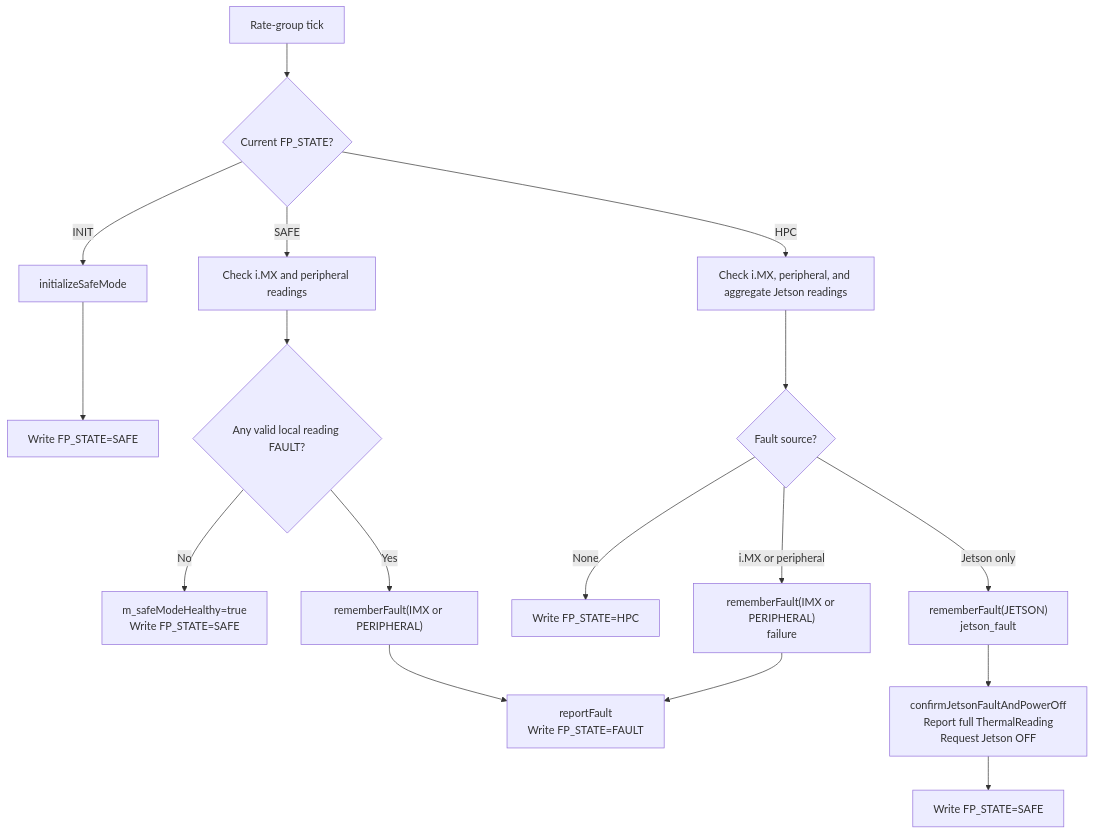
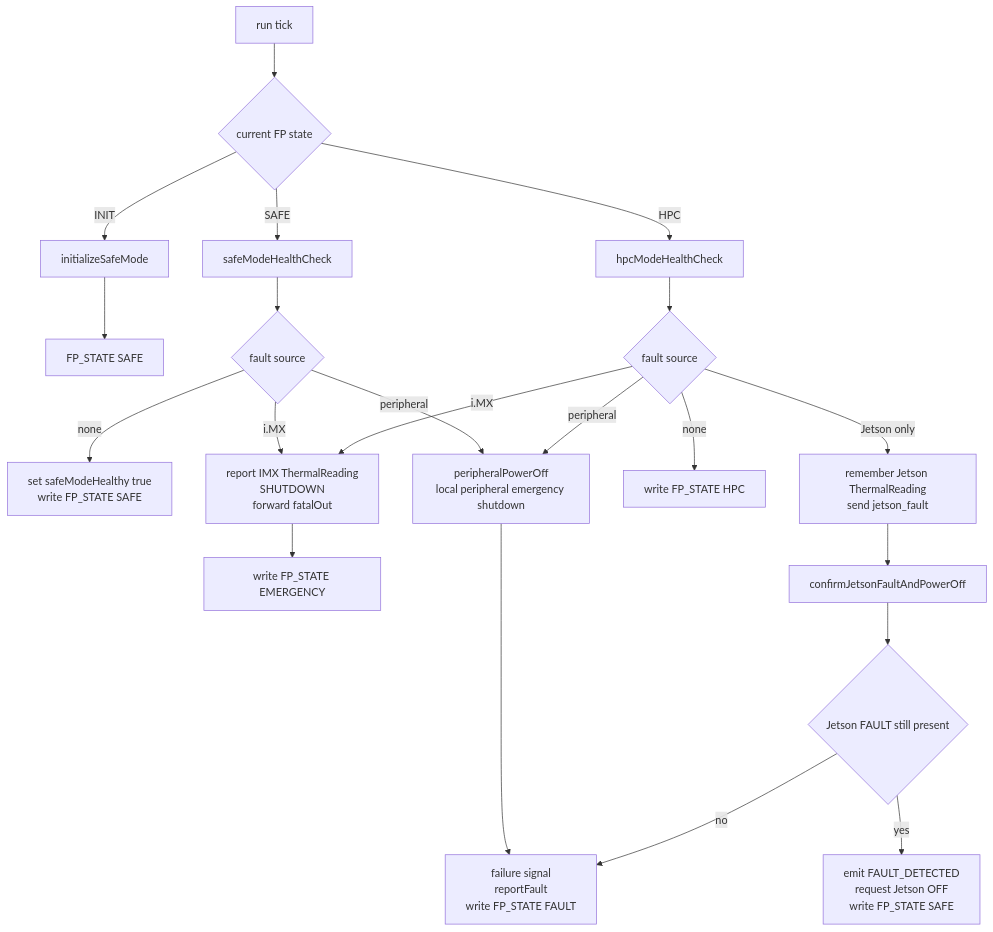
The third of 7 diagrams in scales/scalesSvc/FPManager/docs/sdd.md (BroncoSpace-Lab/fprime-scales), drawn with Mermaid before and after one commit. The commit also changed other lines of this file and 7 other files, not shown here.

````diff
--- a/scales/scalesSvc/FPManager/docs/sdd.md
+++ b/scales/scalesSvc/FPManager/docs/sdd.md
@@ -110,22 +159,28 @@
 ```mermaid
 flowchart TD
-    Tick["Rate-group tick"] --> Mode{"Current FP_STATE?"}
+    Tick["run tick"] --> State{"current FP state"}
 
-    Mode -->|INIT| Init["initializeSafeMode"]
-    Init --> SafeTlm["Write FP_STATE=SAFE"]
+    State -->|"INIT"| Init["initializeSafeMode"]
+    Init --> Safe["FP_STATE SAFE"]
 
-    Mode -->|SAFE| SafeCheck["Check i.MX and peripheral readings"]
-    SafeCheck --> SafeFault{"Any valid local reading FAULT?"}
-    SafeFault -->|No| SafeHealthy["m_safeModeHealthy=true<br/>Write FP_STATE=SAFE"]
-    SafeFault -->|Yes| LocalFault["rememberFault(IMX or PERIPHERAL)"]
-    LocalFault --> FaultMode["reportFault<br/>Write FP_STATE=FAULT"]
+    State -->|"SAFE"| SafeCheck["safeModeHealthCheck"]
+    SafeCheck --> SafeFault{"fault source"}
+    SafeFault -->|"none"| SafeHealthy["set safeModeHealthy true<br>write FP_STATE SAFE"]
+    SafeFault -->|"i.MX"| ImxEmergency["report IMX ThermalReading<br>SHUTDOWN<br>forward fatalOut"]
+    SafeFault -->|"peripheral"| PerifFault["peripheralPowerOff<br>local peripheral emergency shutdown"]
 
-    Mode -->|HPC| HpcCheck["Check i.MX, peripheral, and aggregate Jetson readings"]
-    HpcCheck --> HpcFault{"Fault source?"}
-    HpcFault -->|None| HpcHealthy["Write FP_STATE=HPC"]
-    HpcFault -->|Jetson only| JetsonRecovery["rememberFault(JETSON)<br/>jetson_fault"]
-    HpcFault -->|i.MX or peripheral| HpcLocalFault["rememberFault(IMX or PERIPHERAL)<br/>failure"]
-    JetsonRecovery --> JetsonOff["confirmJetsonFaultAndPowerOff<br/>Report full ThermalReading<br/>Request Jetson OFF"]
-    JetsonOff --> SafeAfterJetson["Write FP_STATE=SAFE"]
-    HpcLocalFault --> FaultMode
+    State -->|"HPC"| HpcCheck["hpcModeHealthCheck"]
+    HpcCheck --> HpcFault{"fault source"}
+    HpcFault -->|"none"| HpcHealthy["write FP_STATE HPC"]
+    HpcFault -->|"Jetson only"| JetsonFault["remember Jetson ThermalReading<br>send jetson_fault"]
+    HpcFault -->|"i.MX"| ImxEmergency
+    HpcFault -->|"peripheral"| PerifFault
+
+    ImxEmergency --> Emergency["write FP_STATE EMERGENCY"]
+    PerifFault --> FaultReport["failure signal<br>reportFault<br>write FP_STATE FAULT"]
+
+    JetsonFault --> Recovery["confirmJetsonFaultAndPowerOff"]
+    Recovery --> RecoveryOk{"Jetson FAULT still present"}
+    RecoveryOk -->|"yes"| RecoverSafe["emit FAULT_DETECTED<br>request Jetson OFF<br>write FP_STATE SAFE"]
+    RecoveryOk -->|"no"| FaultReport
 ```
````
